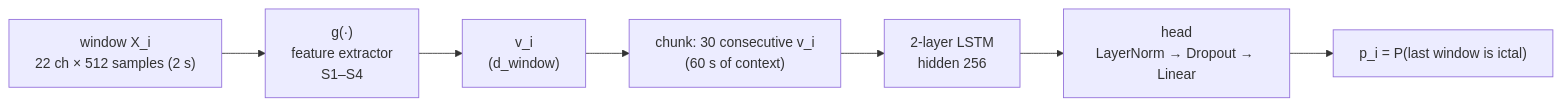
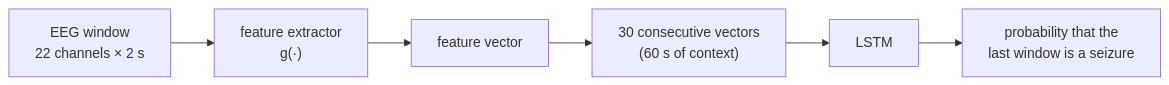
One commit to mcasesf/TFG-seizure-detection-code changed the diagram in README.md. Above: the diagram before and after it, drawn with Mermaid. The commit also changed other lines of this file, not shown here.

````diff
--- a/README.md
+++ b/README.md
@@ -81,9 +30,8 @@
 ```mermaid
 flowchart LR
-    X["window X_i<br/>22 ch × 512 samples (2 s)"] --> G["g(·)<br/>feature extractor<br/>S1–S4"]
-    G --> V["v_i<br/>(d_window)"]
-    V --> C["chunk: 30 consecutive v_i<br/>(60 s of context)"]
-    C --> L["2-layer LSTM<br/>hidden 256"]
-    L --> H["head<br/>LayerNorm → Dropout → Linear"]
-    H --> P["p_i = P(last window is ictal)"]
+    X["EEG window<br/>22 channels × 2 s"] --> G["feature extractor<br/>g(·)"]
+    G --> V["feature vector"]
+    V --> C["30 consecutive vectors<br/>(60 s of context)"]
+    C --> L["LSTM"]
+    L --> P["probability that the<br/>last window is a seizure"]
 ```
````
